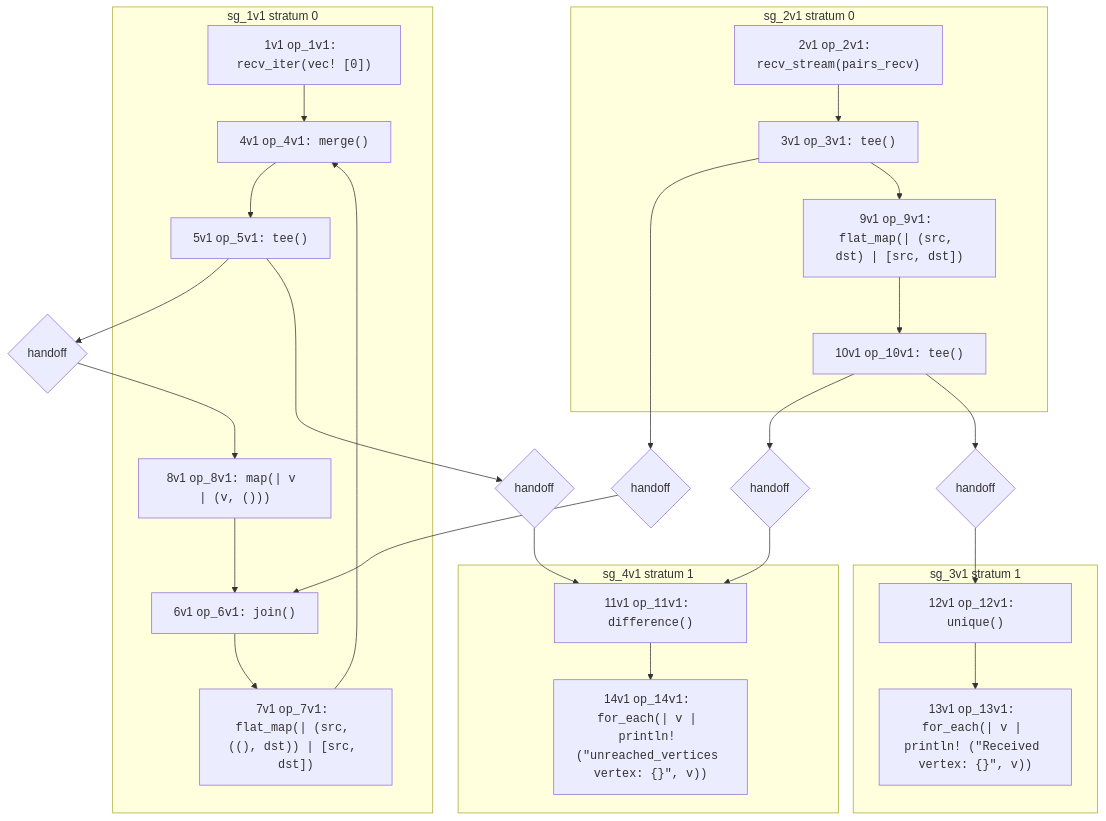
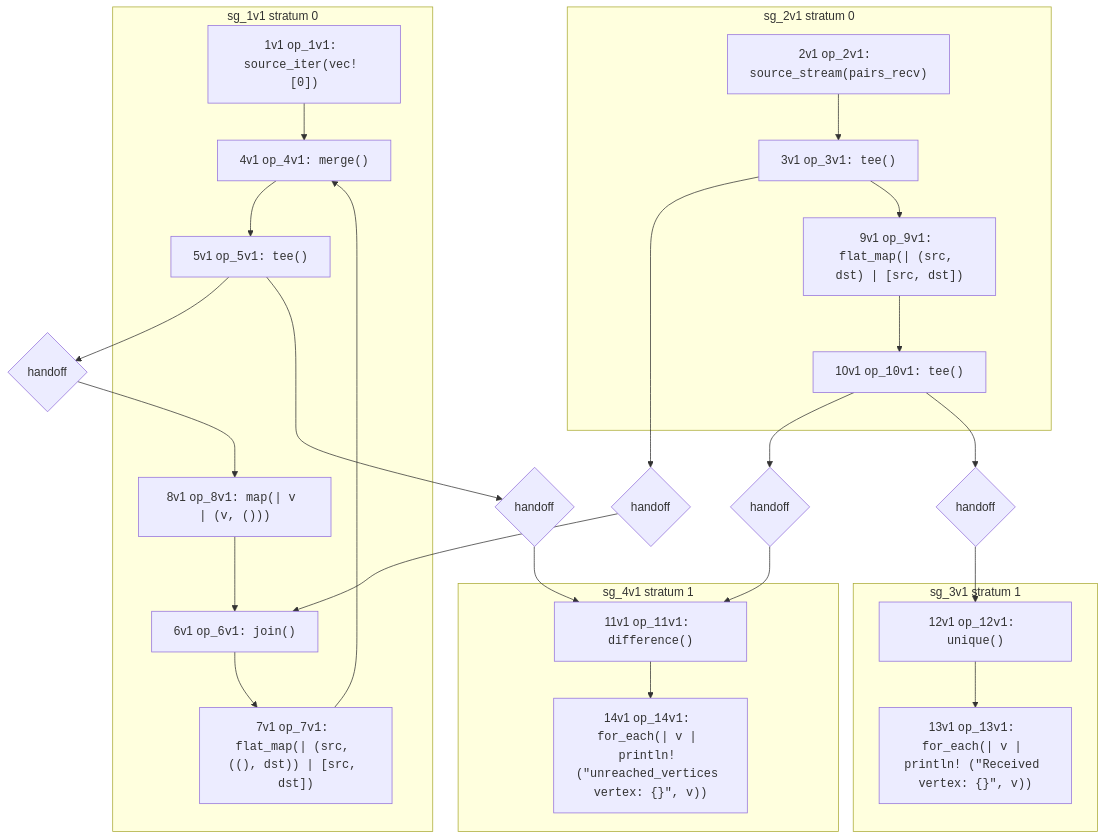
Before and after one commit to nickjiang2378/hydroflow: the second of 2 diagrams in book/example_6_surface.md, drawn with Mermaid. The commit also changed other lines of this file and 87 other files, not shown here.

````diff
--- a/book/example_6_surface.md
+++ b/book/example_6_surface.md
@@ -109,52 +109,52 @@
 ```mermaid
 flowchart TB
     subgraph "sg_1v1 stratum 0"
-        1v1["1v1 <tt>op_1v1: recv_iter(vec! [0])</tt>"]
+        1v1["1v1 <tt>op_1v1: source_iter(vec! [0])</tt>"]
         8v1["8v1 <tt>op_8v1: map(| v | (v, ()))</tt>"]
         6v1["6v1 <tt>op_6v1: join()</tt>"]
         7v1["7v1 <tt>op_7v1: flat_map(| (src, ((), dst)) | [src, dst])</tt>"]
         4v1["4v1 <tt>op_4v1: merge()</tt>"]
         5v1["5v1 <tt>op_5v1: tee()</tt>"]
     end
     subgraph "sg_2v1 stratum 0"
-        2v1["2v1 <tt>op_2v1: recv_stream(pairs_recv)</tt>"]
+        2v1["2v1 <tt>op_2v1: source_stream(pairs_recv)</tt>"]
         3v1["3v1 <tt>op_3v1: tee()</tt>"]
         9v1["9v1 <tt>op_9v1: flat_map(| (src, dst) | [src, dst])</tt>"]
         10v1["10v1 <tt>op_10v1: tee()</tt>"]
     end
     subgraph "sg_3v1 stratum 1"
         12v1["12v1 <tt>op_12v1: unique()</tt>"]
         13v1["13v1 <tt>op_13v1: for_each(| v | println! (&quot;Received vertex: {}&quot;, v))</tt>"]
     end
     subgraph "sg_4v1 stratum 1"
         11v1["11v1 <tt>op_11v1: difference()</tt>"]
         14v1["14v1 <tt>op_14v1: for_each(| v | println! (&quot;unreached_vertices vertex: {}&quot;, v))</tt>"]
     end
 
     15v1{"handoff"}
     16v1{"handoff"}
     17v1{"handoff"}
     18v1{"handoff"}
     19v1{"handoff"}
 
     1v1-->4v1
     2v1-->3v1
     3v1-->16v1
     3v1-->9v1
     4v1-->5v1
     5v1-->15v1
     5v1-->18v1
     6v1-->7v1
     7v1-->4v1
     8v1-->6v1
     9v1-->10v1
     10v1-->17v1
     10v1-->19v1
     11v1-->14v1
     12v1-->13v1
     15v1-->8v1
     16v1-->6v1
     17v1-->11v1
     18v1-->11v1
     19v1-->12v1
 ```
````
